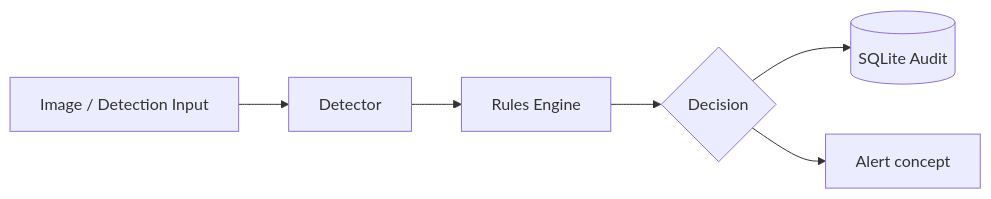
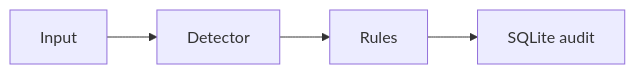
Before and after one commit to nikhilamaragani-jpg/id-detection-and-penalty-mechanism: the diagram in docs/DEMO.md, drawn with Mermaid. The commit also changed other lines of this file and 5 other files, not shown here.

````diff
--- a/docs/DEMO.md
+++ b/docs/DEMO.md
@@ -9,8 +16,6 @@
 ```mermaid
 flowchart LR
-  IN[Image / Detection Input] --> DET[Detector]
-  DET --> RULES[Rules Engine]
-  RULES --> DEC{Decision}
-  DEC --> LOG[(SQLite Audit)]
-  DEC --> ALERT[Alert concept]
+  IN[Input] --> DET[Detector]
+  DET --> RULES[Rules]
+  RULES --> LOG[SQLite audit]
 ```
````
